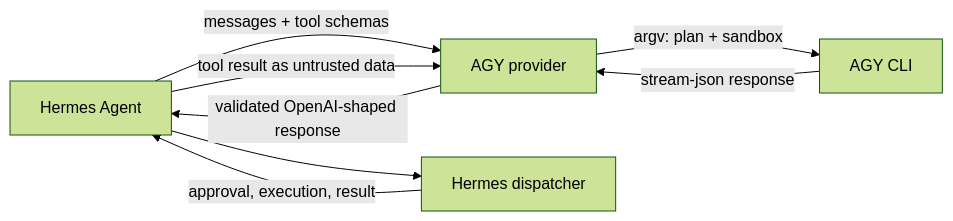
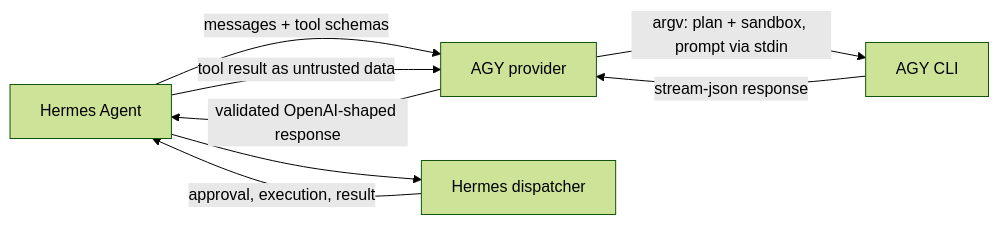
The diagram in README.md (tomaasz/agybridge), drawn with Mermaid (forest theme) before and after one commit. The commit also changed other lines of this file and 2 other files, not shown here.

First line of the commit message:
fix: send the AGY prompt over stdin instead of argv

````diff
--- a/README.md
+++ b/README.md
@@ -28,10 +31,10 @@
 ```mermaid
 flowchart LR
     H[Hermes Agent] -->|messages + tool schemas| P[AGY provider]
-    P -->|argv: plan + sandbox| A[AGY CLI]
+    P -->|argv: plan + sandbox, prompt via stdin| A[AGY CLI]
     A -->|stream-json response| P
     P -->|validated OpenAI-shaped response| H
     H --> T[Hermes dispatcher]
     T -->|approval, execution, result| H
     H -->|tool result as untrusted data| P
 ```
````
